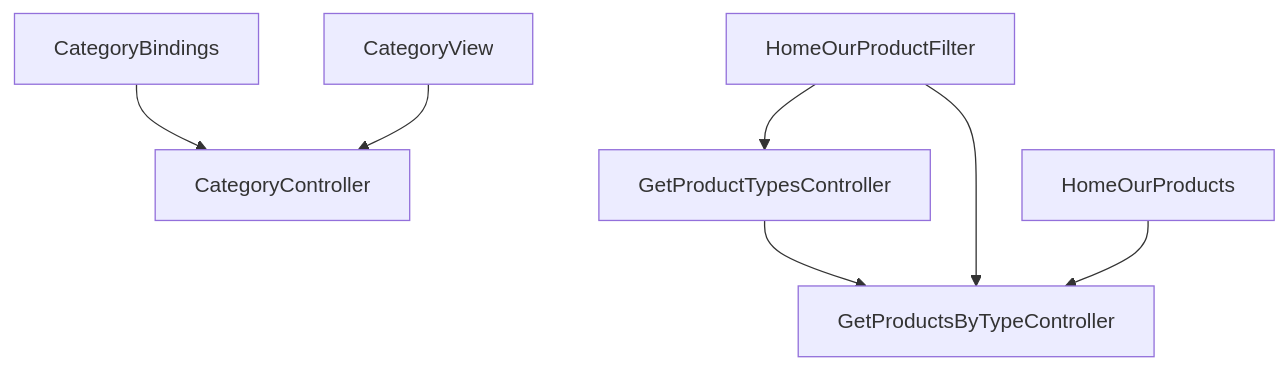
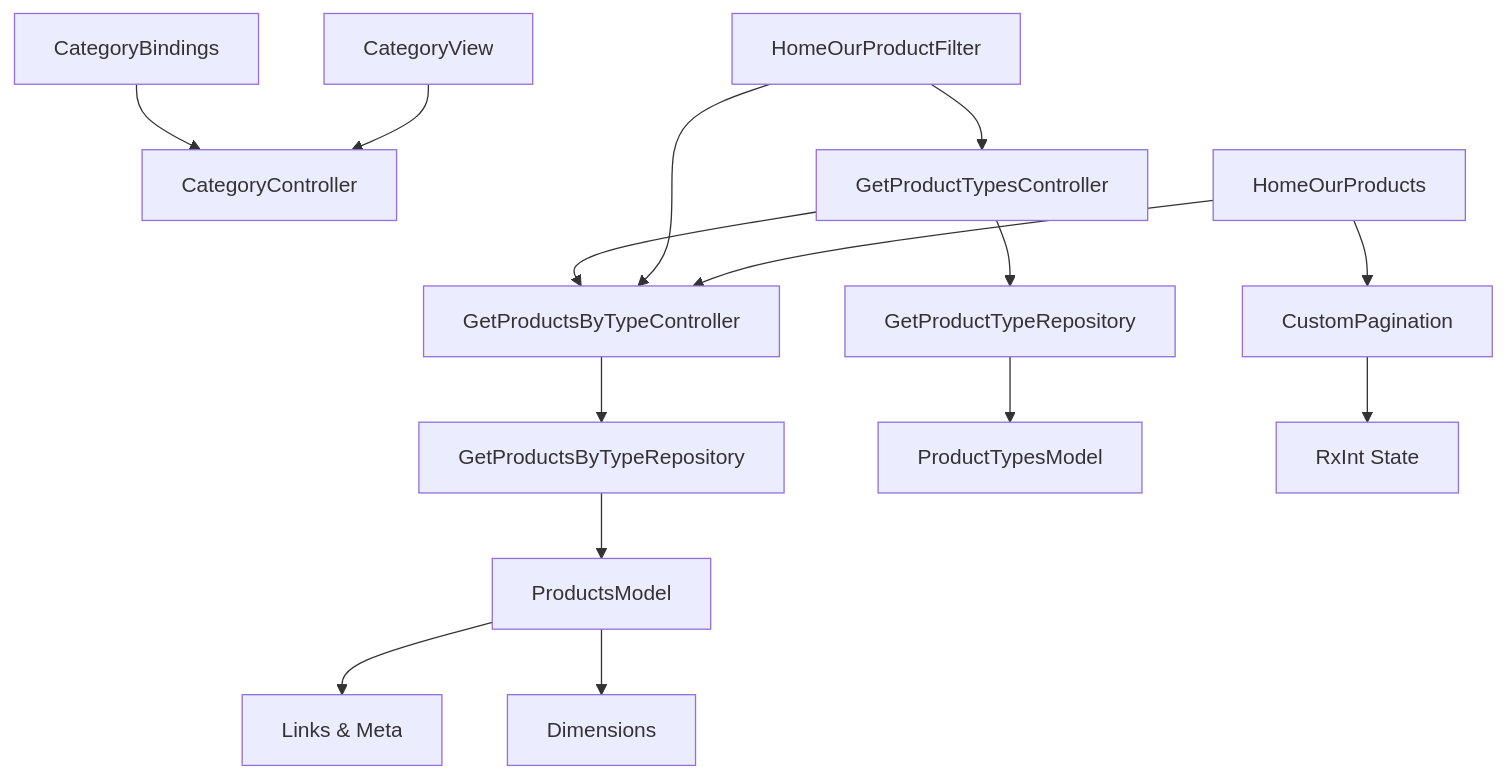
One commit to Ariful3111/FurniGo changed diagram 11 of 11 in .qoder/repowiki/en/content/Core Features/E-commerce Platform/Product Catalog Management.md. Above: the diagram before and after it, drawn with Mermaid. The commit also changed other lines of this file and 8 other files, not shown here.

````diff
--- a/.qoder/repowiki/en/content/Core Features/E-commerce Platform/Product Catalog Management.md
+++ b/.qoder/repowiki/en/content/Core Features/E-commerce Platform/Product Catalog Management.md
@@ -322,9 +611,17 @@
 ```mermaid
 graph TB
 CATB["CategoryBindings"] --> CATC["CategoryController"]
 CATV["CategoryView"] --> CATC
 TYPES["GetProductTypesController"] --> PROD["GetProductsByTypeController"]
+TYPES --> PTR["GetProductTypeRepository"]
+PROD --> PBR["GetProductsByTypeRepository"]
+PTR --> PTM["ProductTypesModel"]
+PBR --> PM["ProductsModel"]
+PM --> LN["Links & Meta"]
+PM --> DIM["Dimensions"]
 FILTER["HomeOurProductFilter"] --> TYPES
 FILTER --> PROD
 GRID["HomeOurProducts"] --> PROD
+GRID --> CP["CustomPagination"]
+CP --> RX["RxInt State"]
 ```
````
